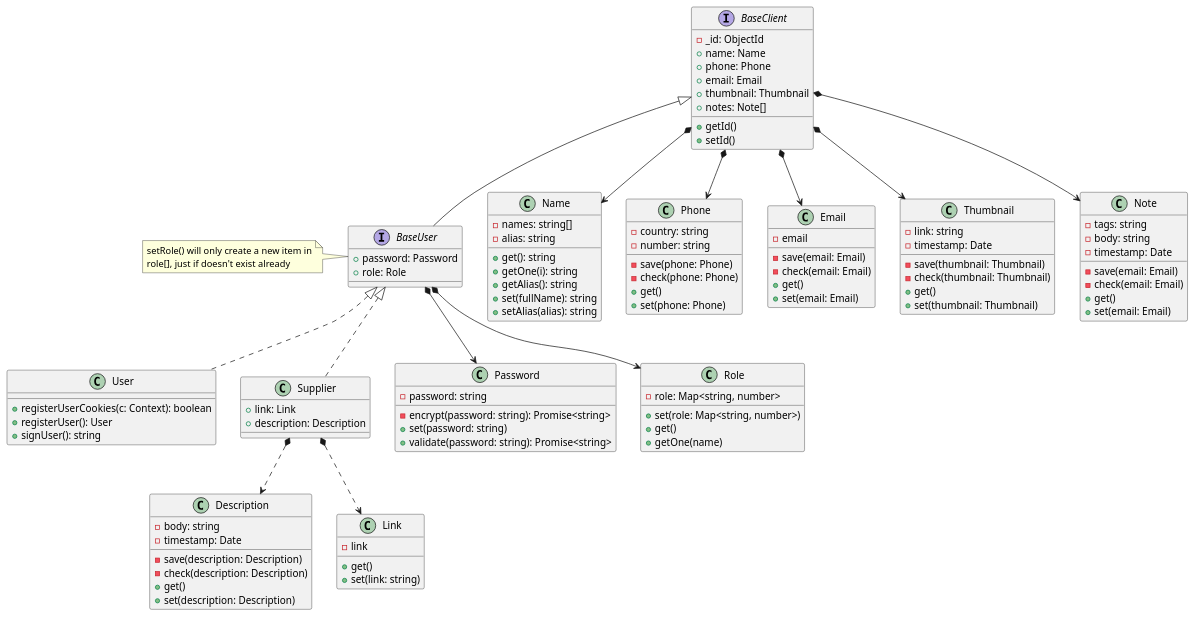
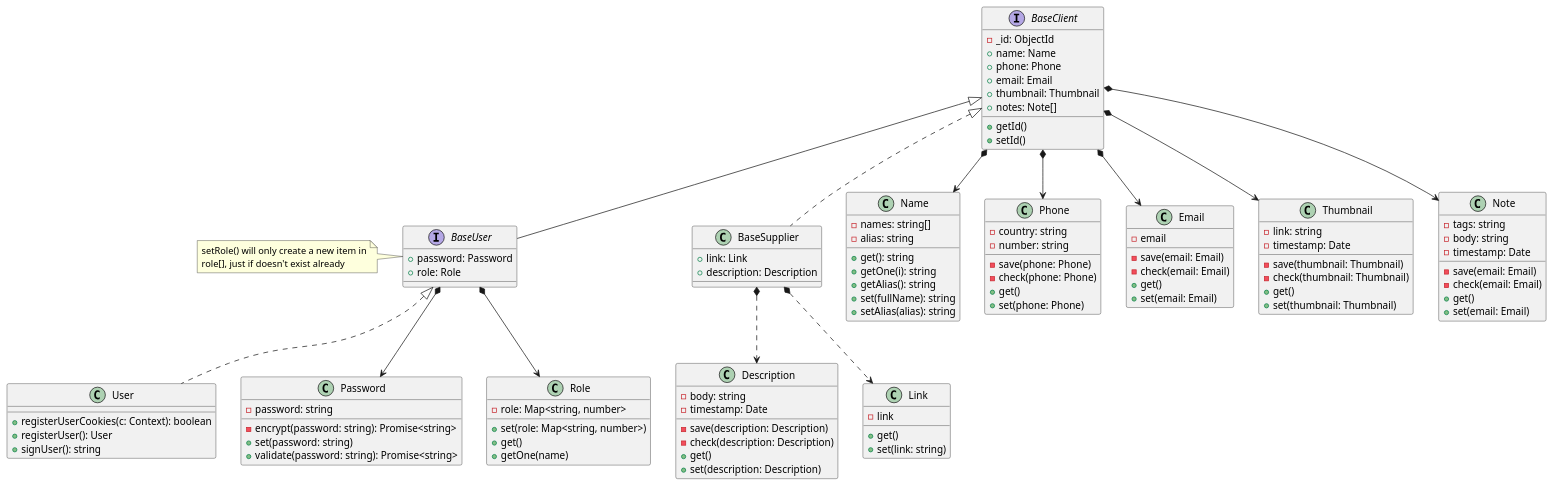
One commit to Chiqui1234ok/lions-app changed the diagram in back/uml/User.puml. Above: the diagram before and after it, drawn with PlantUML.

Commit message:
Supplier is now a BaseSupplier. If a Supplier needs login, we can create a new class for this. By now, this is more than sufficient

```diff
--- a/back/uml/User.puml
+++ b/back/uml/User.puml
@@ -1,124 +1,124 @@
 @startuml
 
 interface BaseClient {
     - _id: ObjectId
     + name: Name
     + phone: Phone
     + email: Email
     + thumbnail: Thumbnail
     + notes: Note[]
     + getId()
     + setId()
 }
 
 interface BaseUser extends BaseClient {
     + password: Password
     + role: Role
 }
 
 class User implements BaseUser {
     + registerUserCookies(c: Context): boolean
     + registerUser(): User
     + signUser(): string
 }
 
-class Supplier implements BaseUser {
+class BaseSupplier implements BaseClient {
     + link: Link
     + description: Description
 }
 
 ' :: TINY OBJECTS ::
 
 class Password {
     - password: string
     - encrypt(password: string): Promise<string>
     + set(password: string)
     + validate(password: string): Promise<string>
 }
 
 class Role {
     - role: Map<string, number>
     + set(role: Map<string, number>)
     + get()
     + getOne(name)
 }
 
 class Name {
     - names: string[]
     - alias: string
     + get(): string
     + getOne(i): string
     + getAlias(): string
     + set(fullName): string
     + setAlias(alias): string
 }
 
 class Phone {
     - country: string
     - number: string
     - save(phone: Phone)
     - check(phone: Phone)
     + get()
     + set(phone: Phone)
 }
 
 class Email {
     - email
     - save(email: Email)
     - check(email: Email)
     + get()
     + set(email: Email)
 }
 
 class Description {
     - body: string
     - timestamp: Date
     - save(description: Description)
     - check(description: Description)
     + get()
     + set(description: Description)
 }
 
 class Thumbnail {
     - link: string
     - timestamp: Date
     - save(thumbnail: Thumbnail)
     - check(thumbnail: Thumbnail)
     + get()
     + set(thumbnail: Thumbnail)
 }
 
 class Note {
     - tags: string
     - body: string
     - timestamp: Date
     - save(email: Email)
     - check(email: Email)
     + get()
     + set(email: Email)
 }
 
 class Link {
     - link
     + get()
     + set(link: string)
 }
 
 ' Composition
 BaseClient *--> Name
 BaseClient *--> Phone
 BaseClient *--> Email
 BaseClient *--> Thumbnail
 BaseClient *--> Note
-Supplier *..> Link
-Supplier *..> Description
+BaseSupplier *..> Link
+BaseSupplier *..> Description
 BaseUser *--> Password
 BaseUser *--> Role
 
 ' Notes
 note left of BaseUser 
 setRole() will only create a new item in
 role[], just if doesn't exist already
 endnote
 
 @enduml
```
